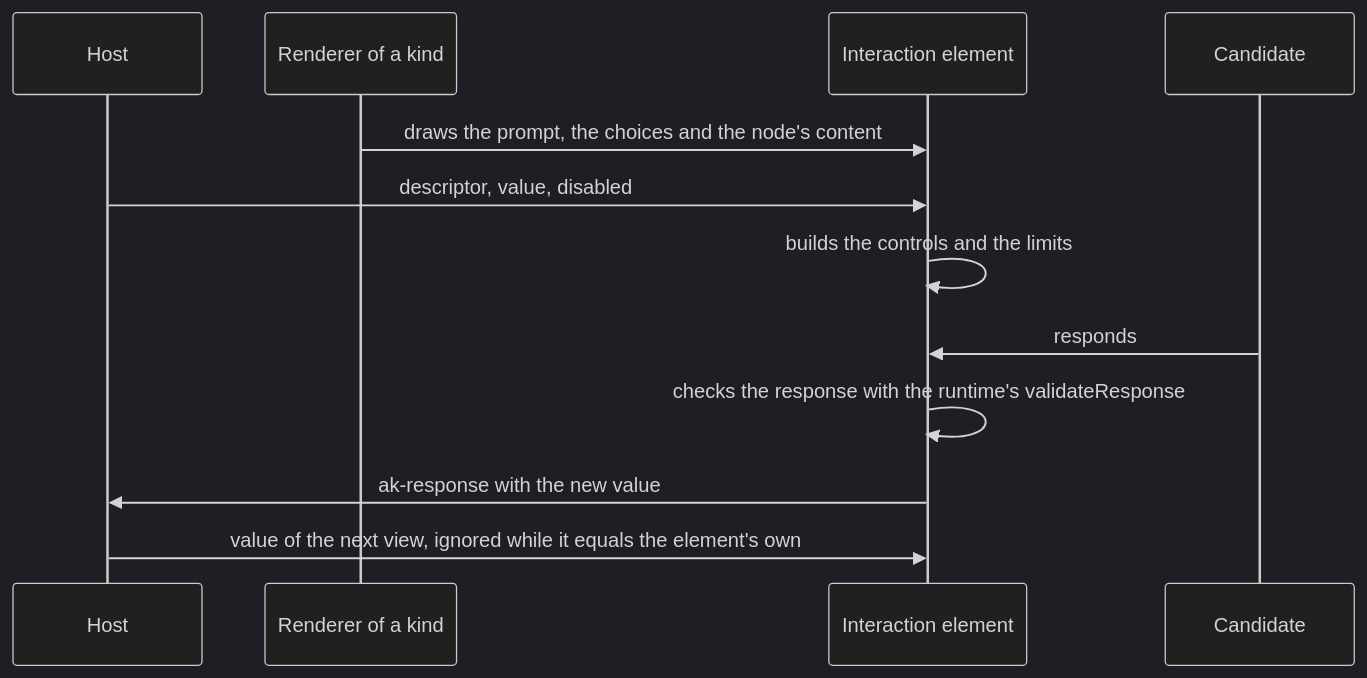
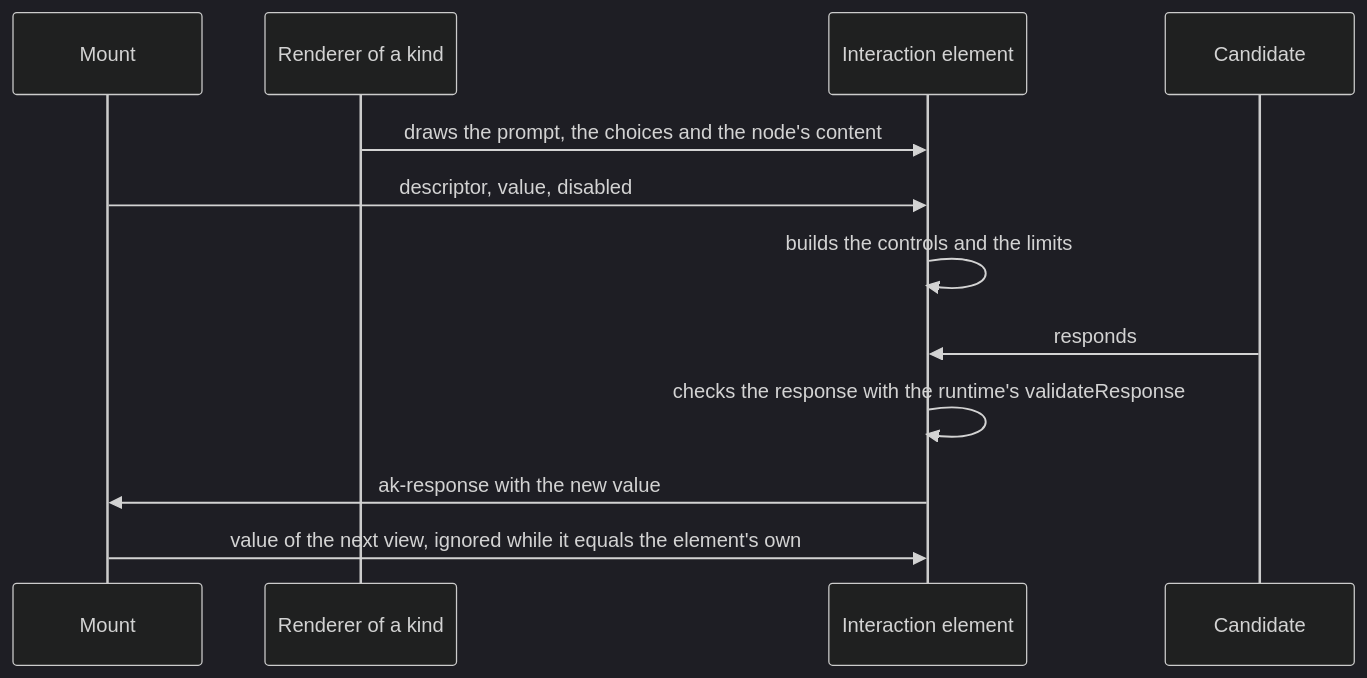
One commit to assesskit/assesskit changed the first of 2 diagrams in docs/player/interactions.md. Above: the diagram before and after it, drawn with Mermaid (dark theme). The commit also changed other lines of this file and 45 other files, not shown here.

````diff
--- a/docs/player/interactions.md
+++ b/docs/player/interactions.md
@@ -11,14 +10,14 @@
 ```mermaid
 sequenceDiagram
-  participant H as Host
+  participant H as Mount
   participant R as Renderer of a kind
   participant E as Interaction element
   participant C as Candidate
   R->>E: draws the prompt, the choices and the node's content
   H->>E: descriptor, value, disabled
   E->>E: builds the controls and the limits
   C->>E: responds
   E->>E: checks the response with the runtime's validateResponse
   E->>H: ak-response with the new value
   H->>E: value of the next view, ignored while it equals the element's own
 ```
````
